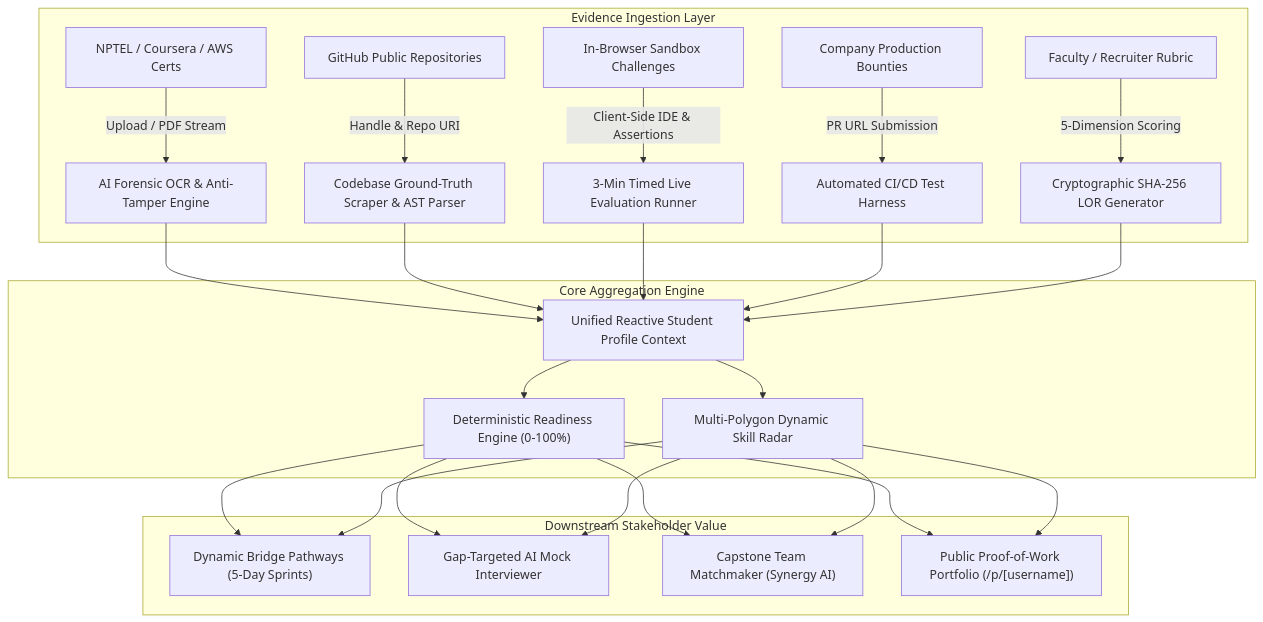
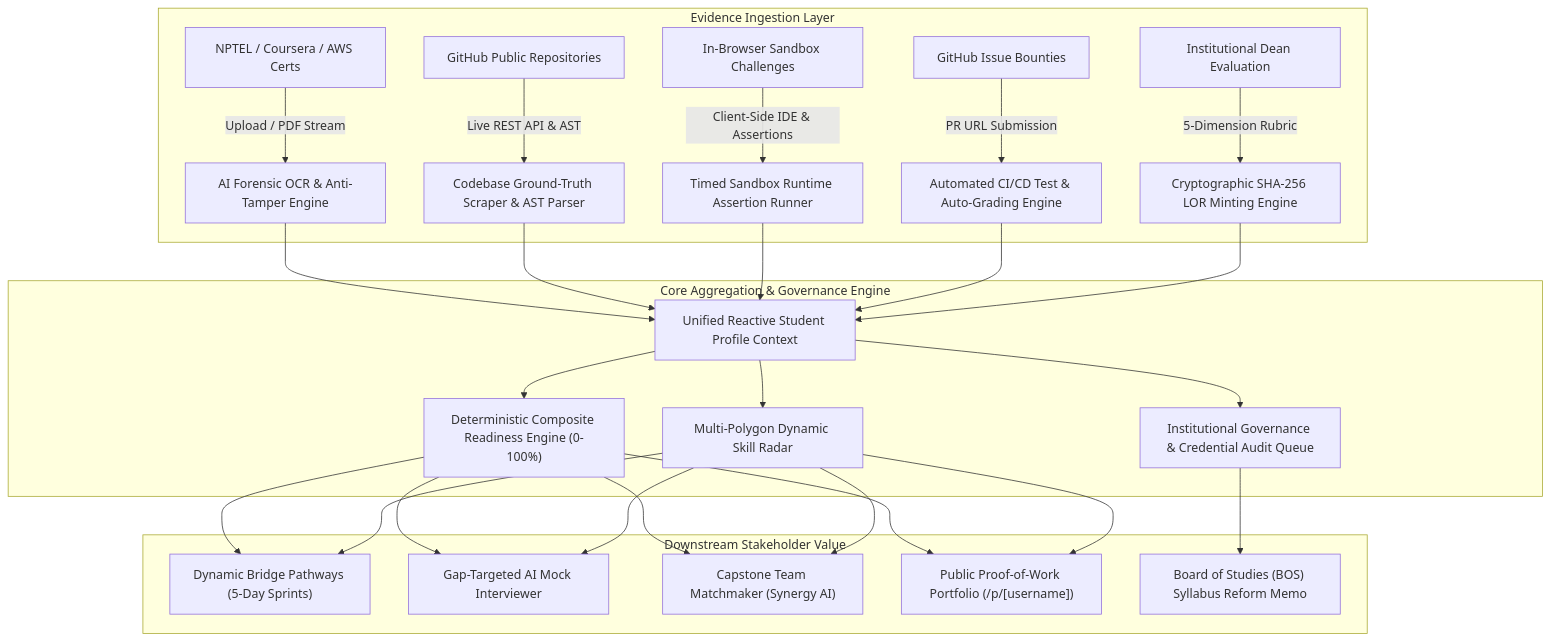
Before and after one commit to SERPoG31/sih-prototype: the first of 3 diagrams in README.md, drawn with Mermaid. The commit also changed other lines of this file and 1 other file, not shown here.

Commit message:
docs(architecture): add comprehensive system architecture specification and update README

````diff
--- a/README.md
+++ b/README.md
@@ -24,23 +24,25 @@
 ```mermaid
 graph TD
     subgraph "Evidence Ingestion Layer"
         A1["NPTEL / Coursera / AWS Certs"] -->|Upload / PDF Stream| B1["AI Forensic OCR & Anti-Tamper Engine"]
-        A2["GitHub Public Repositories"] -->|Handle & Repo URI| B2["Codebase Ground-Truth Scraper & AST Parser"]
-        A3["In-Browser Sandbox Challenges"] -->|Client-Side IDE & Assertions| B3["3-Min Timed Live Evaluation Runner"]
-        A4["Company Production Bounties"] -->|PR URL Submission| B4["Automated CI/CD Test Harness"]
-        A5["Faculty / Recruiter Rubric"] -->|5-Dimension Scoring| B5["Cryptographic SHA-256 LOR Generator"]
+        A2["GitHub Public Repositories"] -->|Live REST API & AST| B2["Codebase Ground-Truth Scraper & AST Parser"]
+        A3["In-Browser Sandbox Challenges"] -->|Client-Side IDE & Assertions| B3["Timed Sandbox Runtime Assertion Runner"]
+        A4["GitHub Issue Bounties"] -->|PR URL Submission| B4["Automated CI/CD Test & Auto-Grading Engine"]
+        A5["Institutional Dean Evaluation"] -->|5-Dimension Rubric| B5["Cryptographic SHA-256 LOR Minting Engine"]
     end
 
-    subgraph "Core Aggregation Engine"
+    subgraph "Core Aggregation & Governance Engine"
         B1 & B2 & B3 & B4 & B5 --> C1["Unified Reactive Student Profile Context"]
-        C1 --> C2["Deterministic Readiness Engine (0-100%)"]
+        C1 --> C2["Deterministic Composite Readiness Engine (0-100%)"]
         C1 --> C3["Multi-Polygon Dynamic Skill Radar"]
+        C1 --> C4["Institutional Governance & Credential Audit Queue"]
     end
 
     subgraph "Downstream Stakeholder Value"
         C2 & C3 --> D1["Dynamic Bridge Pathways (5-Day Sprints)"]
         C2 & C3 --> D2["Gap-Targeted AI Mock Interviewer"]
         C2 & C3 --> D3["Capstone Team Matchmaker (Synergy AI)"]
         C2 & C3 --> D4["Public Proof-of-Work Portfolio (/p/[username])"]
+        C4 --> D5["Board of Studies (BOS) Syllabus Reform Memo"]
     end
 ```
````
